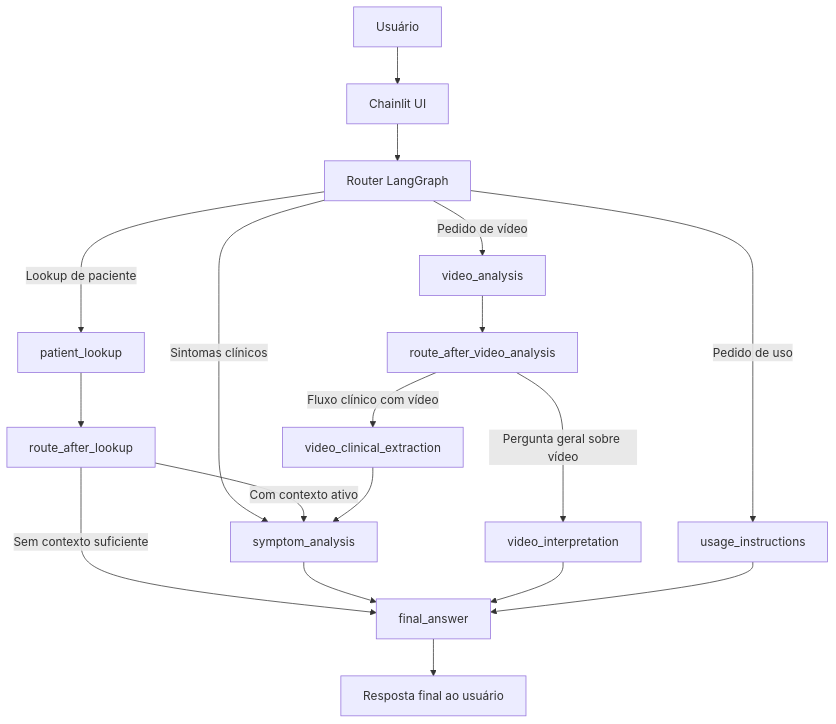
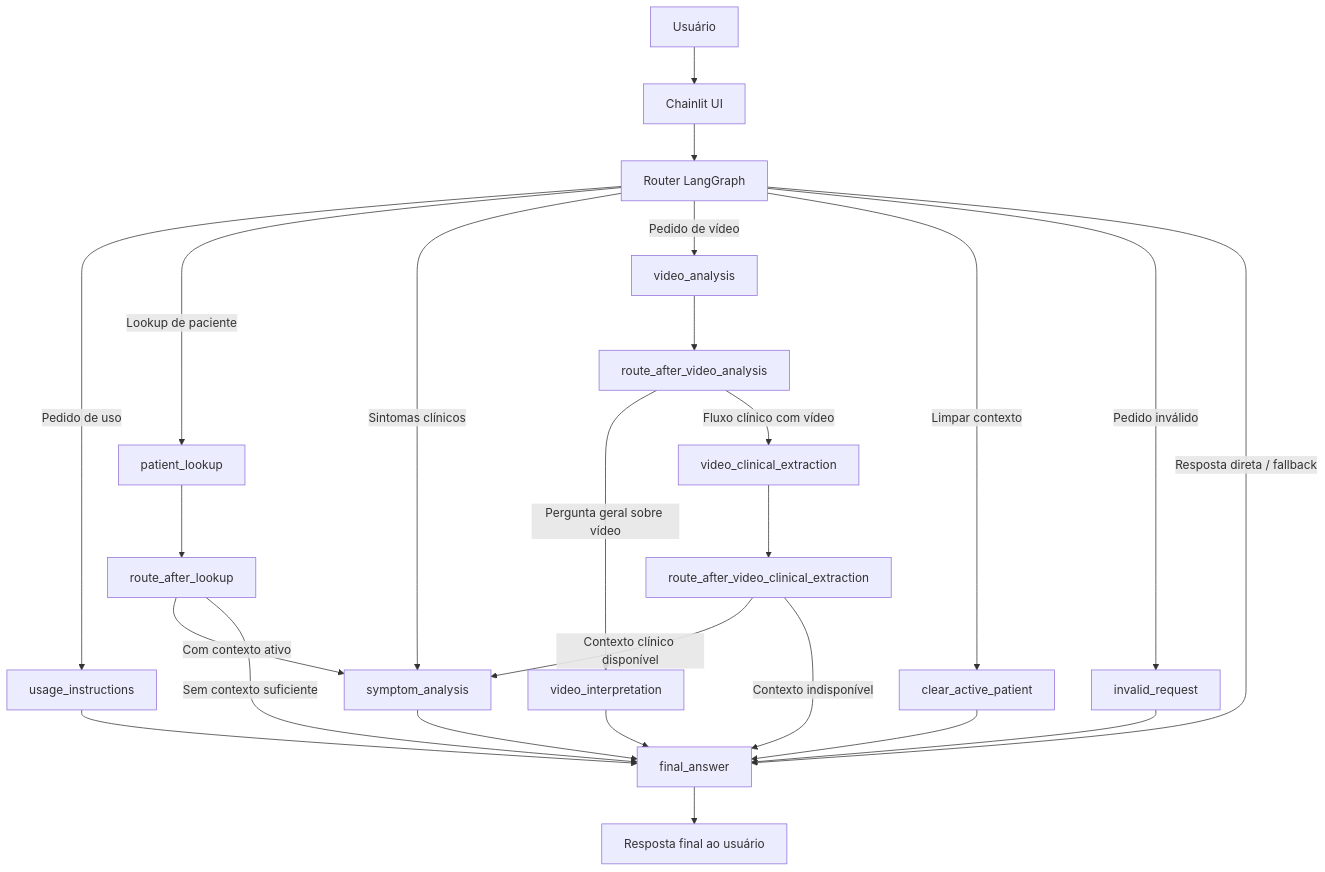
Before and after one commit to luizaaca/screening_robot: the first of 6 diagrams in docs/relatorio_tecnico_resumido.md, drawn with Mermaid. The commit also changed other lines of this file and 3 other files, not shown here.

Commit message:
correção de diagramas e arquivo de entreda do projeto

````diff
--- a/docs/relatorio_tecnico_resumido.md
+++ b/docs/relatorio_tecnico_resumido.md
@@ -13,25 +13,32 @@
 ```mermaid
 flowchart TD
     U[Usuário] --> I[Chainlit UI]
     I --> R[Router LangGraph]
 
     R -->|Pedido de uso| US[usage_instructions]
     R -->|Lookup de paciente| PL[patient_lookup]
     R -->|Sintomas clínicos| SA[symptom_analysis]
     R -->|Pedido de vídeo| VA[video_analysis]
+    R -->|Limpar contexto| CAP[clear_active_patient]
+    R -->|Pedido inválido| IR[invalid_request]
+    R -->|Resposta direta / fallback| FA[final_answer]
 
     PL --> RA[route_after_lookup]
     RA -->|Com contexto ativo| SA
     RA -->|Sem contexto suficiente| FA[final_answer]
 
     VA --> RV[route_after_video_analysis]
     RV -->|Pergunta geral sobre vídeo| VI[video_interpretation]
     RV -->|Fluxo clínico com vídeo| VCE[video_clinical_extraction]
 
-    VCE --> SA
+    VCE --> RVC[route_after_video_clinical_extraction]
+    RVC -->|Contexto clínico disponível| SA
+    RVC -->|Contexto indisponível| FA
     SA --> FA
     VI --> FA
     US --> FA
+    CAP --> FA
+    IR --> FA
 
     FA --> O[Resposta final ao usuário]
 ```
````
